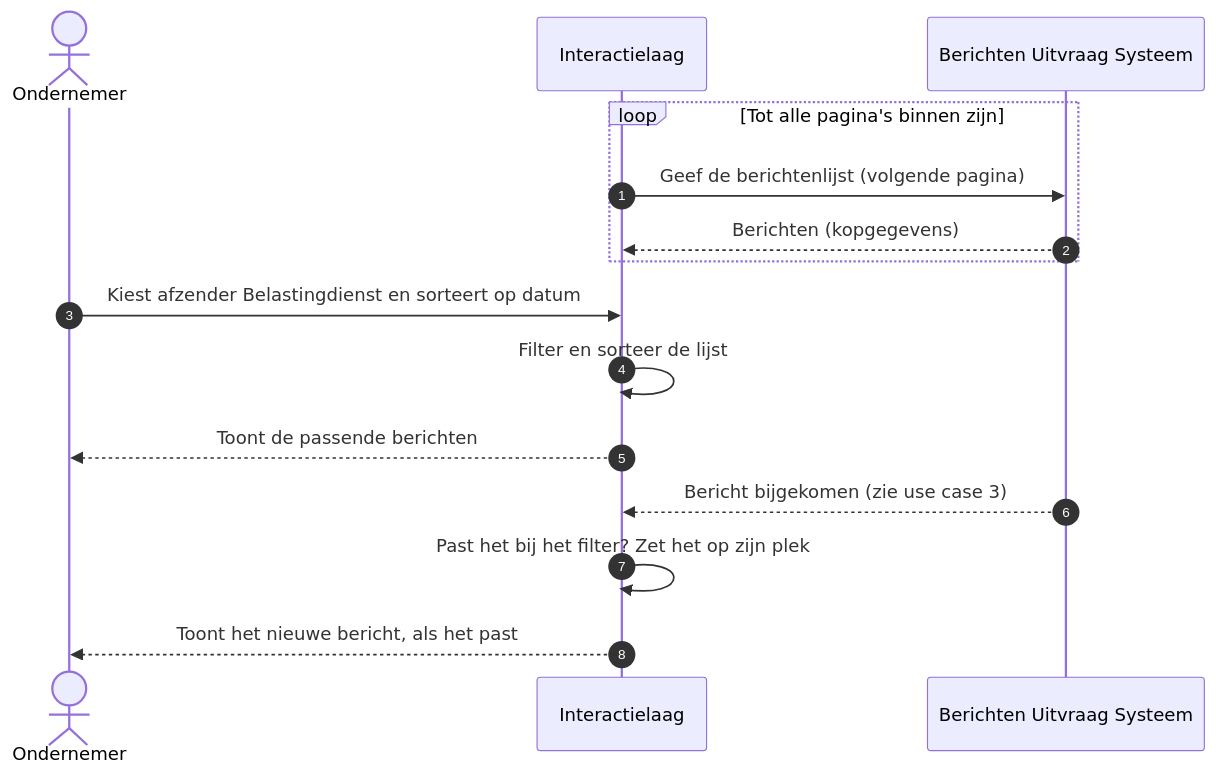
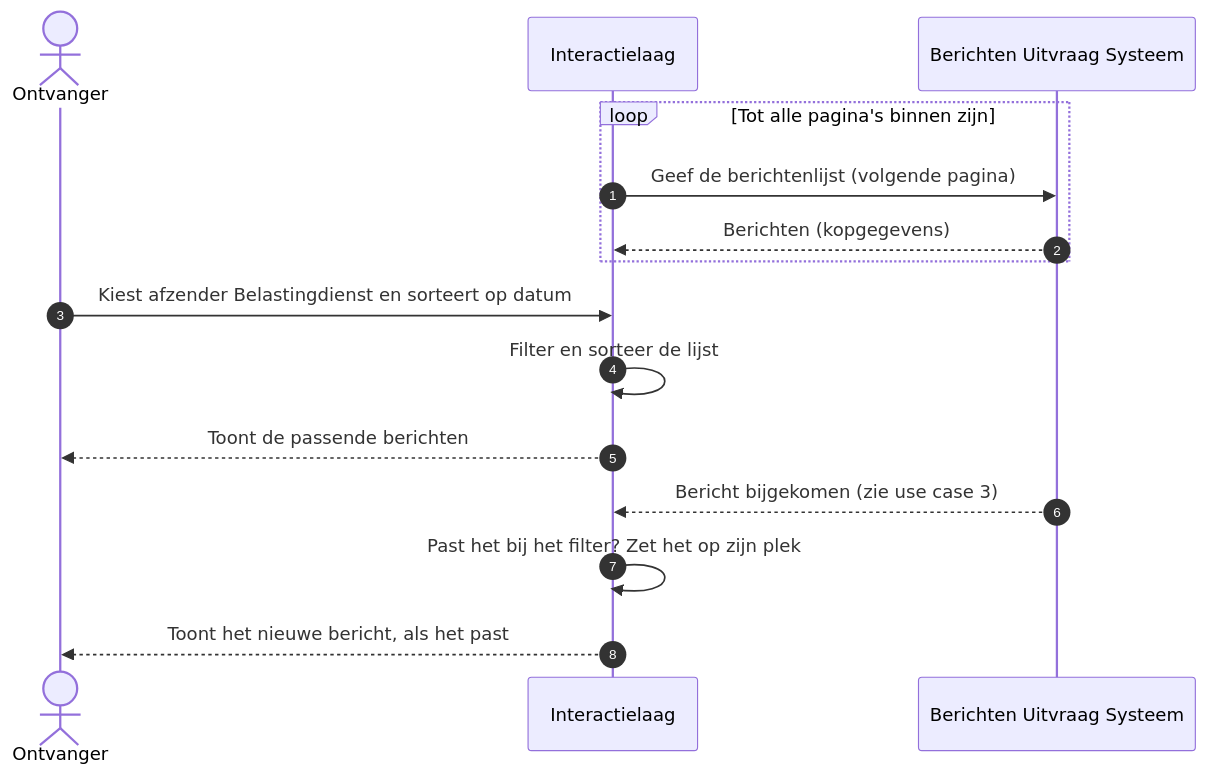
The diagram in docs/architecture/workspace-docs/16-uc12-berichten-filteren.md (MinBZK/moza-poc-fbs-berichtenbox), drawn with Mermaid before and after one commit. The commit also changed other lines of this file and 15 other files, not shown here.

First line of the commit message:
docs(architectuur): use cases generiek voor burgers en ondernemers

````diff
--- a/docs/architecture/workspace-docs/16-uc12-berichten-filteren.md
+++ b/docs/architecture/workspace-docs/16-uc12-berichten-filteren.md
@@ -33,18 +33,18 @@
 ```mermaid
 sequenceDiagram
     autonumber
-    actor OND as Ondernemer
+    actor ONT as Ontvanger
     participant IL as Interactielaag
     participant FBS as Berichten Uitvraag Systeem
 
     loop Tot alle pagina's binnen zijn
         IL->>FBS: Geef de berichtenlijst (volgende pagina)
         FBS-->>IL: Berichten (kopgegevens)
     end
-    OND->>IL: Kiest afzender Belastingdienst en sorteert op datum
+    ONT->>IL: Kiest afzender Belastingdienst en sorteert op datum
     IL->>IL: Filter en sorteer de lijst
-    IL-->>OND: Toont de passende berichten
+    IL-->>ONT: Toont de passende berichten
     FBS-->>IL: Bericht bijgekomen (zie use case 3)
     IL->>IL: Past het bij het filter? Zet het op zijn plek
-    IL-->>OND: Toont het nieuwe bericht, als het past
+    IL-->>ONT: Toont het nieuwe bericht, als het past
 ```
````
